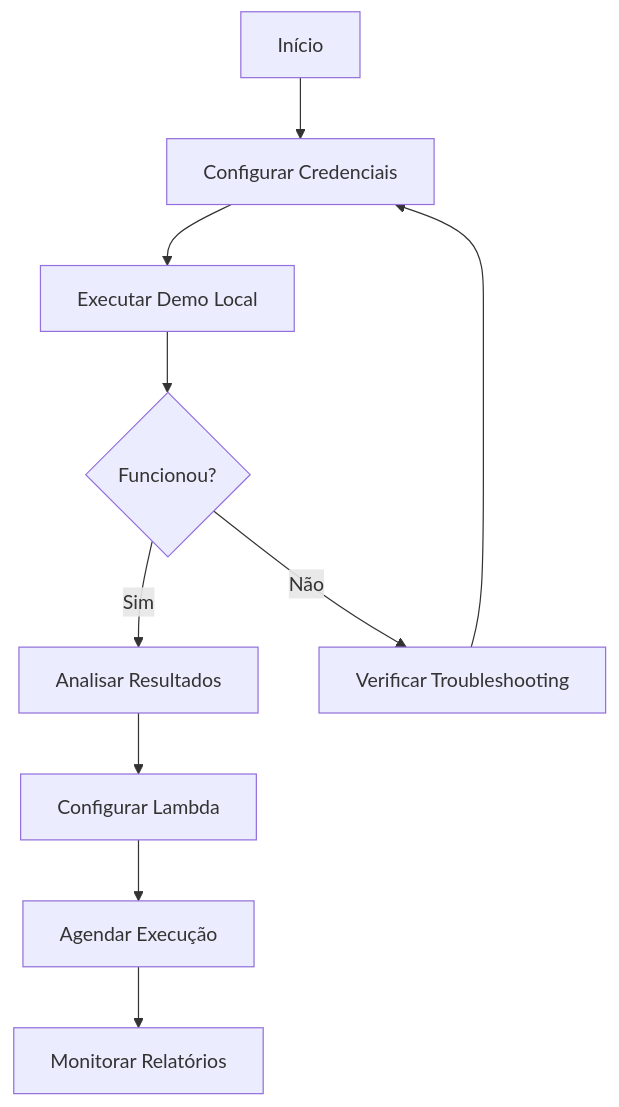
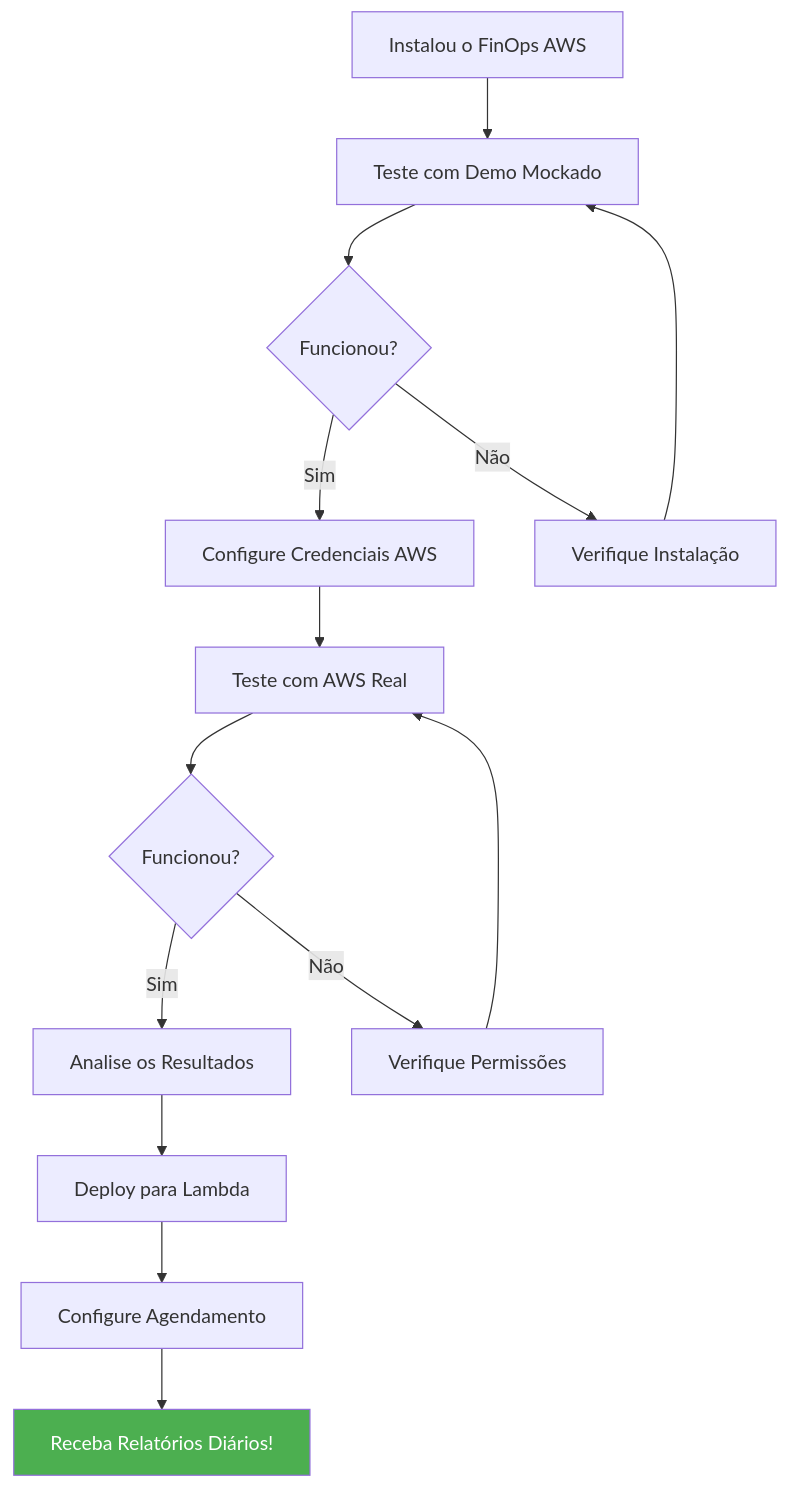
Before and after one commit to FELIPEACASTRO/finops-aws-bdr: the diagram in docs/USER_MANUAL.md, drawn with Mermaid. The commit also changed other lines of this file and 6 other files, not shown here.

````diff
--- a/docs/USER_MANUAL.md
+++ b/docs/USER_MANUAL.md
@@ -146,12 +282,18 @@
 ```mermaid
 flowchart TD
-    A[Início] --> B[Configurar Credenciais]
-    B --> C[Executar Demo Local]
-    C --> D{Funcionou?}
-    D -->|Sim| E[Analisar Resultados]
-    D -->|Não| F[Verificar Troubleshooting]
-    F --> B
-    E --> G[Configurar Lambda]
-    G --> H[Agendar Execução]
-    H --> I[Monitorar Relatórios]
+    A[Instalou o FinOps AWS] --> B[Teste com Demo Mockado]
+    B --> C{Funcionou?}
+    C -->|Sim| D[Configure Credenciais AWS]
+    C -->|Não| E[Verifique Instalação]
+    E --> B
+    D --> F[Teste com AWS Real]
+    F --> G{Funcionou?}
+    G -->|Sim| H[Analise os Resultados]
+    G -->|Não| I[Verifique Permissões]
+    I --> F
+    H --> J[Deploy para Lambda]
+    J --> K[Configure Agendamento]
+    K --> L[Receba Relatórios Diários!]
+    
+    style L fill:#4caf50,color:#fff
 ```
````
